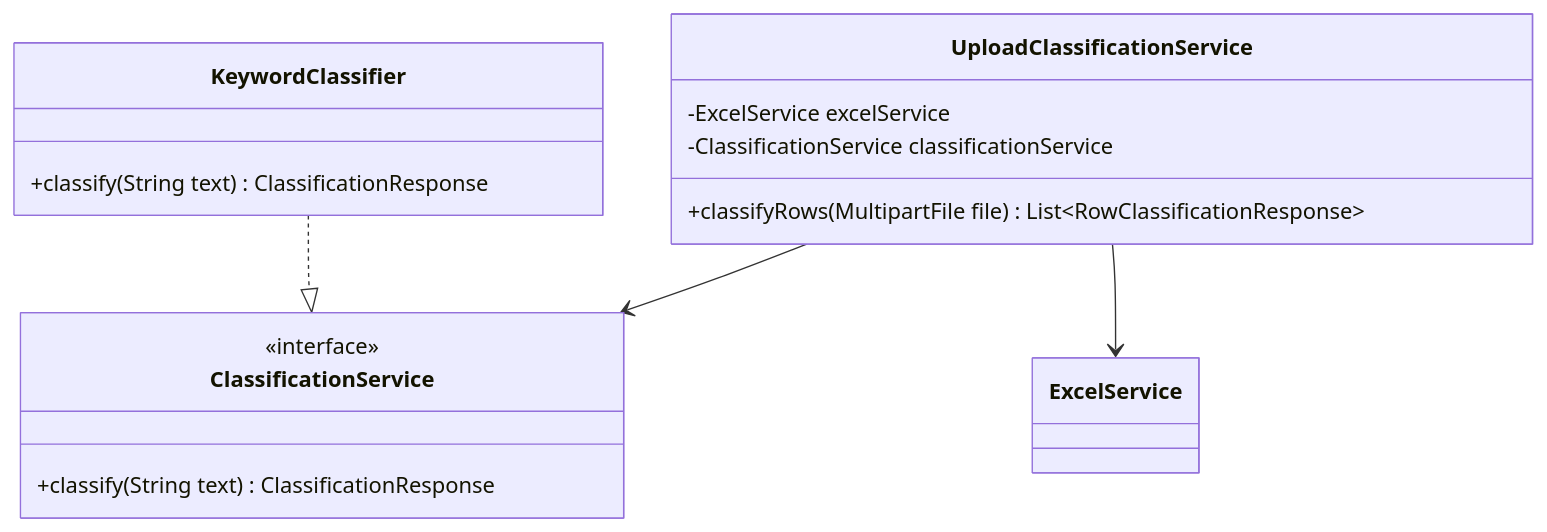
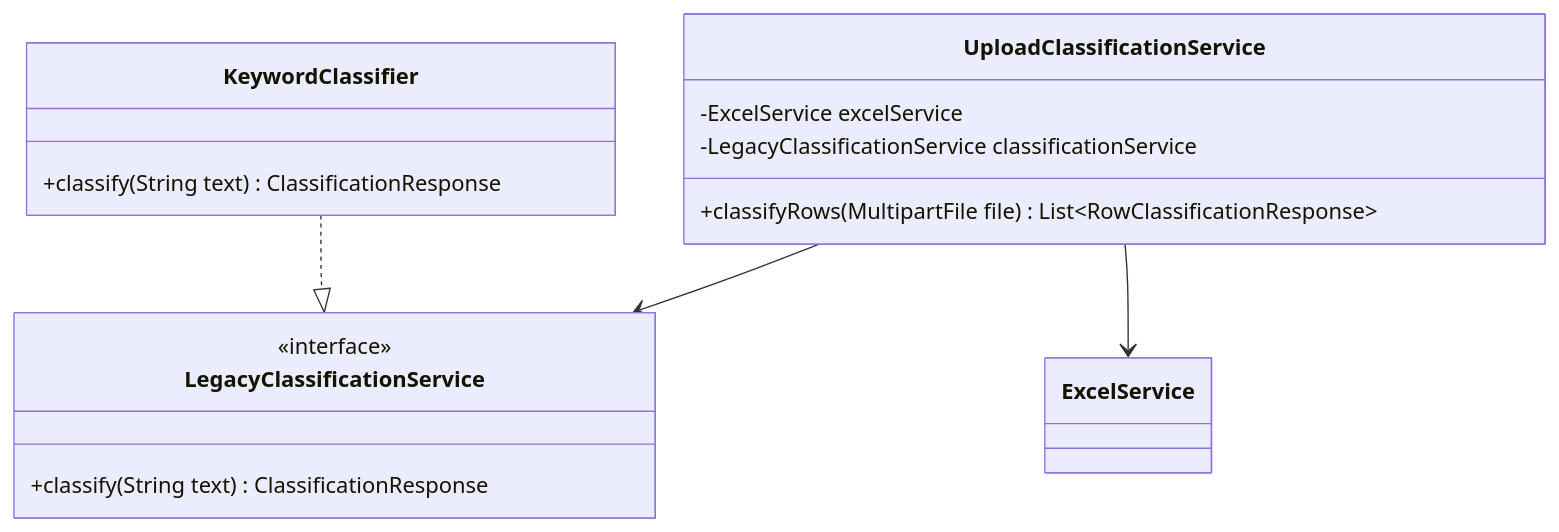
Before and after one commit to S-SuryaPrakash/FanityPro: the second of 5 diagrams in README.md, drawn with Mermaid. The commit also changed other lines of this file and 26 other files, not shown here.

````diff
--- a/README.md
+++ b/README.md
@@ -58,21 +68,21 @@
 ```mermaid
 classDiagram
-    class ClassificationService {
+    class LegacyClassificationService {
         <<interface>>
         +classify(String text) ClassificationResponse
     }
 
     class KeywordClassifier {
         +classify(String text) ClassificationResponse
     }
 
     class UploadClassificationService {
         -ExcelService excelService
-        -ClassificationService classificationService
+        -LegacyClassificationService classificationService
         +classifyRows(MultipartFile file) List~RowClassificationResponse~
     }
 
-    KeywordClassifier ..|> ClassificationService
-    UploadClassificationService --> ClassificationService
+    KeywordClassifier ..|> LegacyClassificationService
+    UploadClassificationService --> LegacyClassificationService
     UploadClassificationService --> ExcelService
 ```
````
